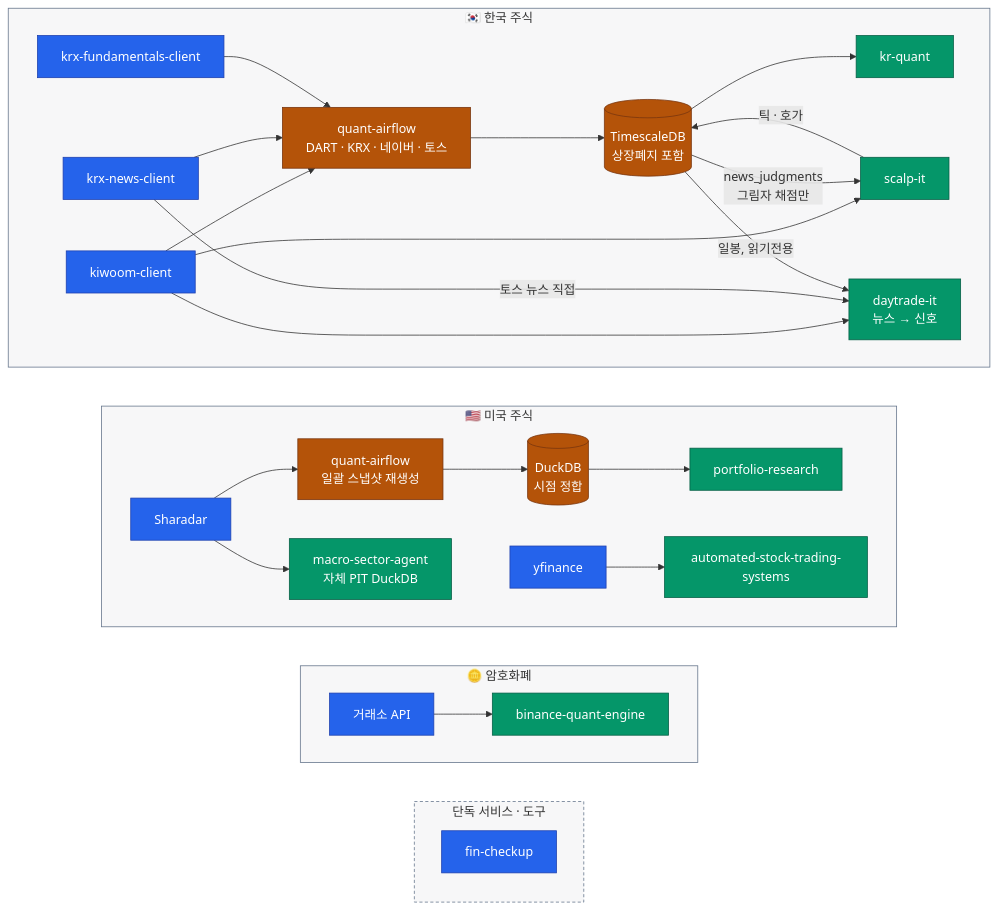
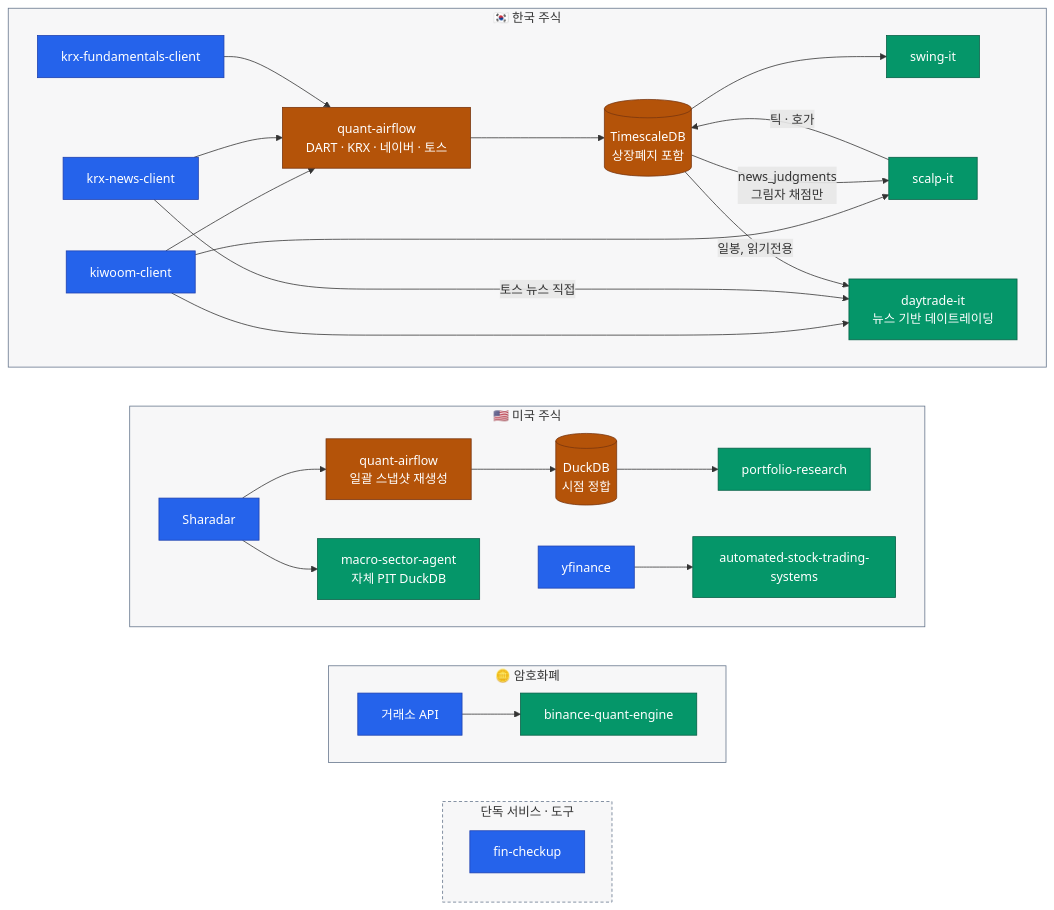
The first of 3 diagrams in README.ko.md (younghwan91/younghwan91), drawn with Mermaid before and after one commit. The commit also changed other lines of this file and 1 other file, not shown here.

First line of the commit message:
docs(readme): kr-quant → swing-it 개명, daytrade-it 무인 실주문 전환 반영

````diff
--- a/README.ko.md
+++ b/README.ko.md
@@ -22,48 +22,48 @@
 ```mermaid
 flowchart TB
     subgraph KR ["🇰🇷 한국 주식"]
         direction LR
-        K["kiwoom-client"] --> AF["quant-airflow<br/>DART · KRX · 네이버 · 토스"] --> DB[("TimescaleDB<br/>상장폐지 포함")] --> Q["kr-quant"]
+        K["kiwoom-client"] --> AF["quant-airflow<br/>DART · KRX · 네이버 · 토스"] --> DB[("TimescaleDB<br/>상장폐지 포함")] --> Q["swing-it"]
         NW["krx-news-client"] --> AF
         F["krx-fundamentals-client"] --> AF
         K --> SC["scalp-it"]
         SC -- "틱 · 호가" --> DB
         DB -- "news_judgments<br/>그림자 채점만" --> SC
-        K --> KSIG["daytrade-it<br/>뉴스 → 신호"]
+        K --> KSIG["daytrade-it<br/>뉴스 기반 데이트레이딩"]
         NW -- "토스 뉴스 직접" --> KSIG
         DB -- "일봉, 읽기전용" --> KSIG
     end
 
     subgraph US ["🇺🇸 미국 주식"]
         direction LR
         SH["Sharadar"] --> AFU["quant-airflow<br/>일괄 스냅샷 재생성"] --> DD[("DuckDB<br/>시점 정합")] --> O["portfolio-research"]
         SH --> MS["macro-sector-agent<br/>자체 PIT DuckDB"]
         YF["yfinance"] --> AT["automated-stock-trading-systems"]
     end
 
     subgraph CX ["🪙 암호화폐"]
         direction LR
         EX["거래소 API"] --> CR["binance-quant-engine"]
     end
 
     subgraph SVC ["단독 서비스 · 도구"]
         direction TB
         FC["fin-checkup"]
     end
 
     %% 세로 정렬용 — `~~~` 는 그 자체로 보이지 않는 링크다(linkStyle 불필요).
     KR ~~~ US ~~~ CX ~~~ SVC
 
     classDef source fill:#2563EB,stroke:#1E40AF,color:#FFFFFF
     classDef move   fill:#B45309,stroke:#78350F,color:#FFFFFF
     classDef out    fill:#059669,stroke:#065F46,color:#FFFFFF
 
     class K,SH,YF,EX,F,NW,FC source
     class AF,AFU,DB,DD move
     class Q,O,AT,CR,SC,MS,KSIG out
 
     style KR  fill:#0F172A08,stroke:#64748B
     style US  fill:#0F172A08,stroke:#64748B
     style CX  fill:#0F172A08,stroke:#64748B
     style SVC fill:#0F172A08,stroke:#64748B,stroke-dasharray:4 3
 ```
````
